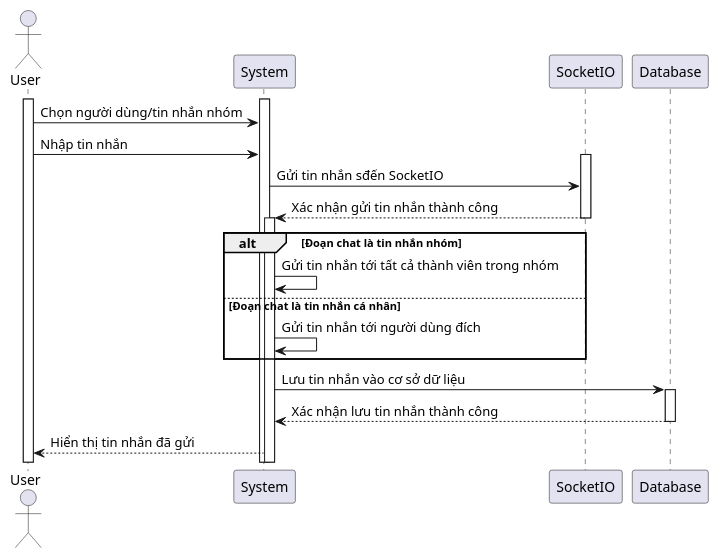
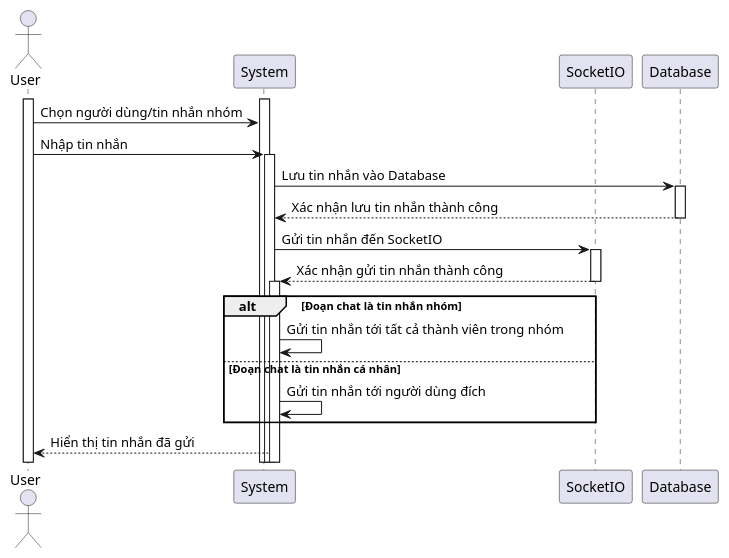
One commit to phamsyhung2110/project-hust changed the diagram in uml/seq_send_message.puml. Above: the diagram before and after it, drawn with PlantUML. The commit also changed 8 other files, not shown here.

Commit message:
edit uml

```diff
--- a/uml/seq_send_message.puml
+++ b/uml/seq_send_message.puml
@@ -1,31 +1,31 @@
 @startuml
 
 actor User
 participant System
 participant SocketIO
 participant Database
 
 activate User
 activate System
 User -> System: Chọn người dùng/tin nhắn nhóm
 User -> System: Nhập tin nhắn
-
+activate System
+System -> Database: Lưu tin nhắn vào Database
+activate Database
+Database --> System: Xác nhận lưu tin nhắn thành công
+deactivate Database
+System -> SocketIO: Gửi tin nhắn đến SocketIO
 activate SocketIO
-System -> SocketIO: Gửi tin nhắn sđến SocketIO
 SocketIO --> System: Xác nhận gửi tin nhắn thành công
 deactivate SocketIO
 
 alt Đoạn chat là tin nhắn nhóm
     activate System
     System -> System: Gửi tin nhắn tới tất cả thành viên trong nhóm
 else Đoạn chat là tin nhắn cá nhân
     System -> System: Gửi tin nhắn tới người dùng đích
 end
 
-System -> Database: Lưu tin nhắn vào cơ sở dữ liệu
-activate Database
-Database --> System: Xác nhận lưu tin nhắn thành công
-deactivate Database
 System --> User: Hiển thị tin nhắn đã gửi
 
 @enduml
```
